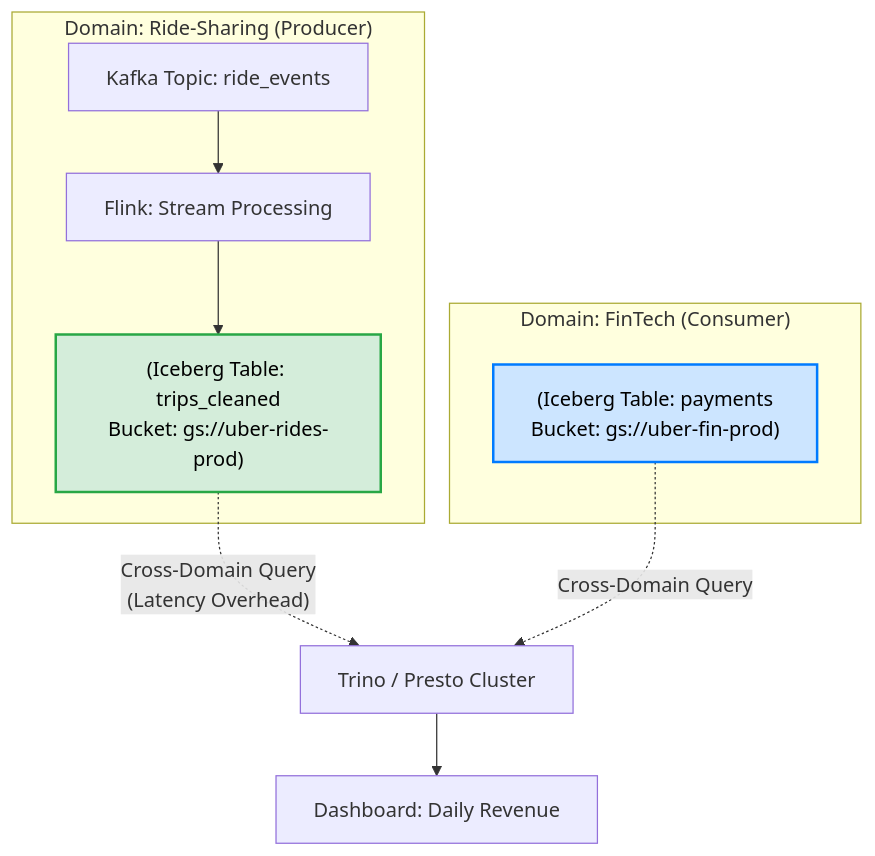
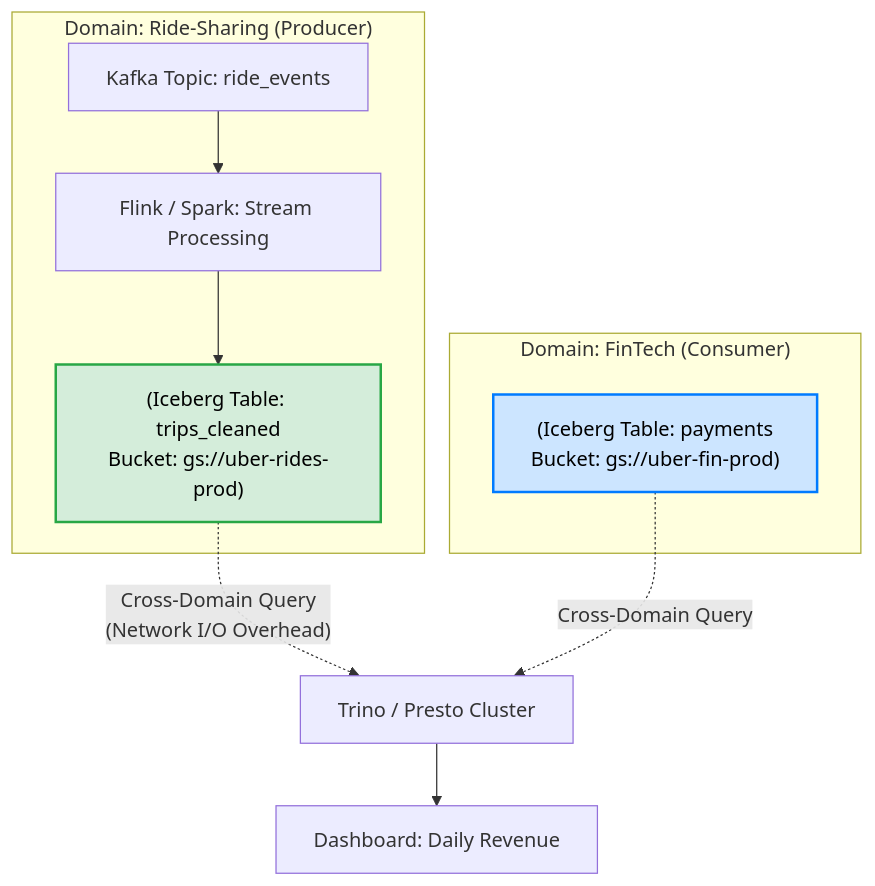
Before and after one commit to kythuatdulieu/kythuatdulieu.github.io: the diagram in src/content/docs/concepts/8-security-governance-finops/data-ownership.md, drawn with Mermaid. The commit also changed other lines of this file and 1 other file, not shown here.

````diff
--- a/src/content/docs/concepts/8-security-governance-finops/data-ownership.md
+++ b/src/content/docs/concepts/8-security-governance-finops/data-ownership.md
@@ -39,20 +49,20 @@
 ```mermaid
 graph TD
     subgraph Domain_Ride_Sharing ["Domain: Ride-Sharing (Producer)"]
-        A["Kafka Topic: ride_events"] --> B["Flink: Stream Processing"]
+        A["Kafka Topic: ride_events"] --> B["Flink / Spark: Stream Processing"]
         B --> C["(Iceberg Table: trips_cleaned\nBucket: gs://uber-rides-prod)"]
     end
     
     subgraph Domain_FinTech ["Domain: FinTech (Consumer)"]
         D["(Iceberg Table: payments\nBucket: gs://uber-fin-prod)"]
     end
     
-    C -. "Cross-Domain Query\n(Latency Overhead)" .-> E["Trino / Presto Cluster"]
+    C -. "Cross-Domain Query\n(Network I/O Overhead)" .-> E["Trino / Presto Cluster"]
     D -.->|"Cross-Domain Query"| E
     E --> F["Dashboard: Daily Revenue"]
     
     classDef producer fill:#d4edda,stroke:#28a745,stroke-width:2px,color:#000;
     classDef consumer fill:#cce5ff,stroke:#007bff,stroke-width:2px,color:#000;
     class C producer
     class D consumer
 ```
````
